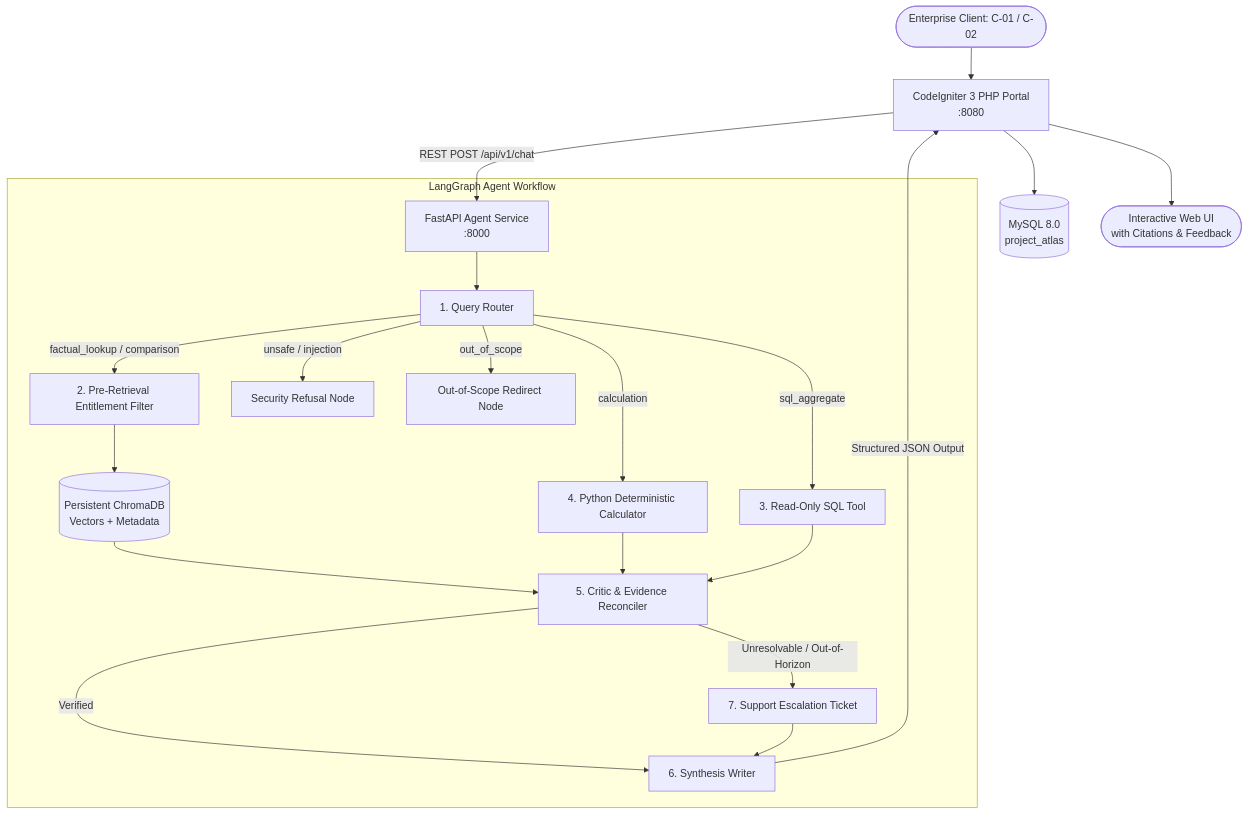
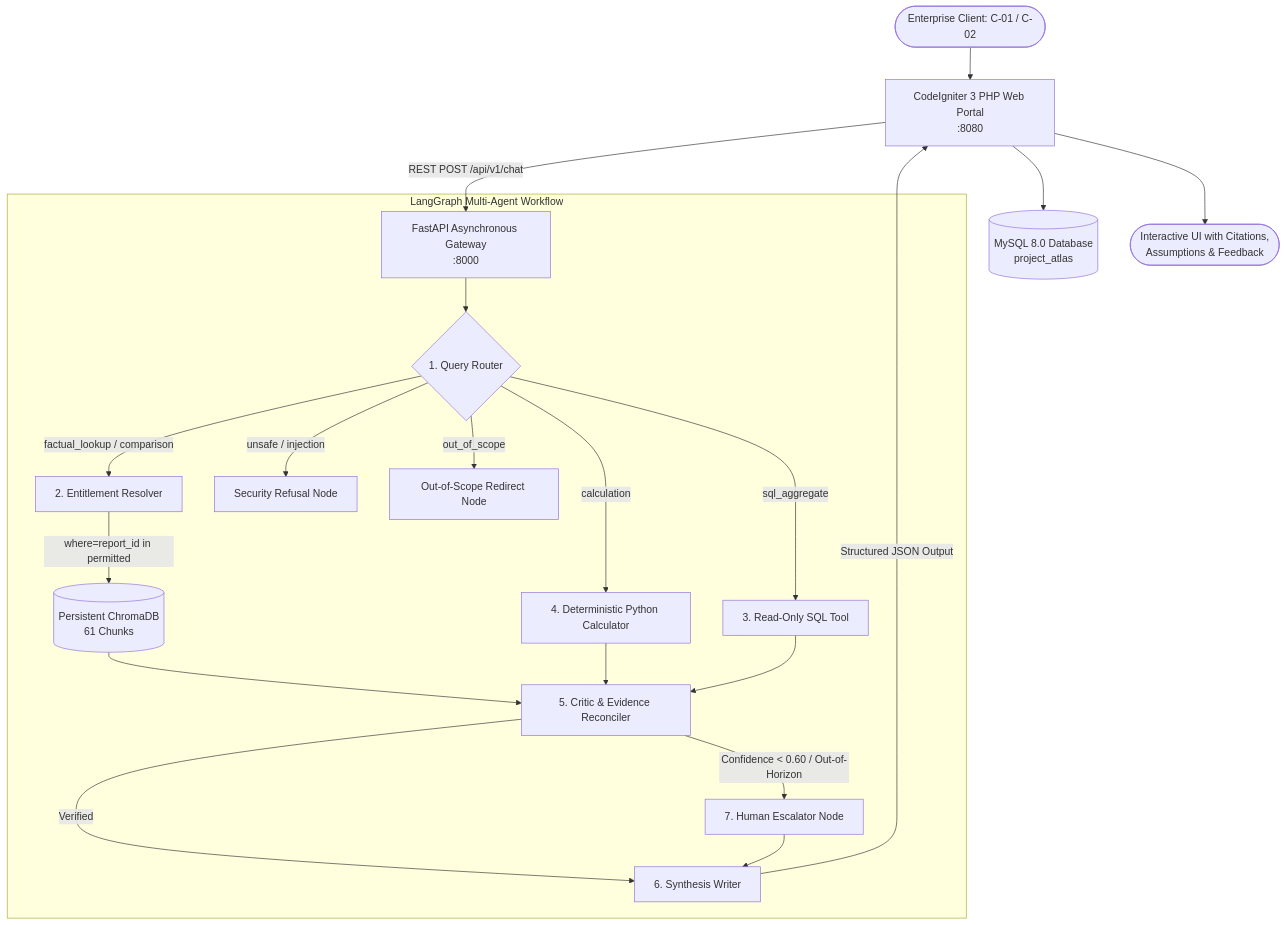
One commit to deepakbankoti2-creator/Project-Atlas changed the diagram in README.md. Above: the diagram before and after it, drawn with Mermaid. The commit also changed other lines of this file and 3 other files, not shown here.

Commit message:
docs: finalize GitHub submission deliverables (README, evaluation report, and 7-day roadmap)

````diff
--- a/README.md
+++ b/README.md
@@ -19,28 +36,28 @@
 ```mermaid
 flowchart TD
-    User([Enterprise Client: C-01 / C-02]) --> CI3[CodeIgniter 3 PHP Portal\n:8080]
-    CI3 -->|REST POST /api/v1/chat| FastAPI[FastAPI Agent Service\n:8000]
+    User([Enterprise Client: C-01 / C-02]) --> CI3[CodeIgniter 3 PHP Web Portal\n:8080]
+    CI3 -->|REST POST /api/v1/chat| FastAPI[FastAPI Asynchronous Gateway\n:8000]
     
-    subgraph Agentic Pipeline [LangGraph Agent Workflow]
-        FastAPI --> Router[1. Query Router]
+    subgraph LangGraph_Agent [LangGraph Multi-Agent Workflow]
+        FastAPI --> Router{1. Query Router}
         
-        Router -->|factual_lookup / comparison| AuthFilter[2. Pre-Retrieval Entitlement Filter]
+        Router -->|factual_lookup / comparison| Entitlement[2. Entitlement Resolver]
         Router -->|sql_aggregate| SQLTool[3. Read-Only SQL Tool]
-        Router -->|calculation| Calculator[4. Python Deterministic Calculator]
+        Router -->|calculation| Calculator[4. Deterministic Python Calculator]
         Router -->|unsafe / injection| RefusalNode[Security Refusal Node]
         Router -->|out_of_scope| OutOfScopeNode[Out-of-Scope Redirect Node]
         
-        AuthFilter --> ChromaDB[(Persistent ChromaDB\nVectors + Metadata)]
+        Entitlement -->|where=report_id in permitted| ChromaDB[(Persistent ChromaDB\n61 Chunks)]
         ChromaDB --> Critic[5. Critic & Evidence Reconciler]
         Calculator --> Critic
         SQLTool --> Critic
         
         Critic -->|Verified| Writer[6. Synthesis Writer]
-        Critic -->|Unresolvable / Out-of-Horizon| Escalator[7. Support Escalation Ticket]
+        Critic -->|Confidence < 0.60 / Out-of-Horizon| Escalator[7. Human Escalator Node]
         Escalator --> Writer
     end
     
     Writer -->|Structured JSON Output| CI3
-    CI3 --> MySQL[(MySQL 8.0\nproject_atlas)]
-    CI3 --> Browser([Interactive Web UI\nwith Citations & Feedback])
+    CI3 --> MySQL[(MySQL 8.0 Database\nproject_atlas)]
+    CI3 --> Browser([Interactive UI with Citations,\nAssumptions & Feedback])
 ```
````
